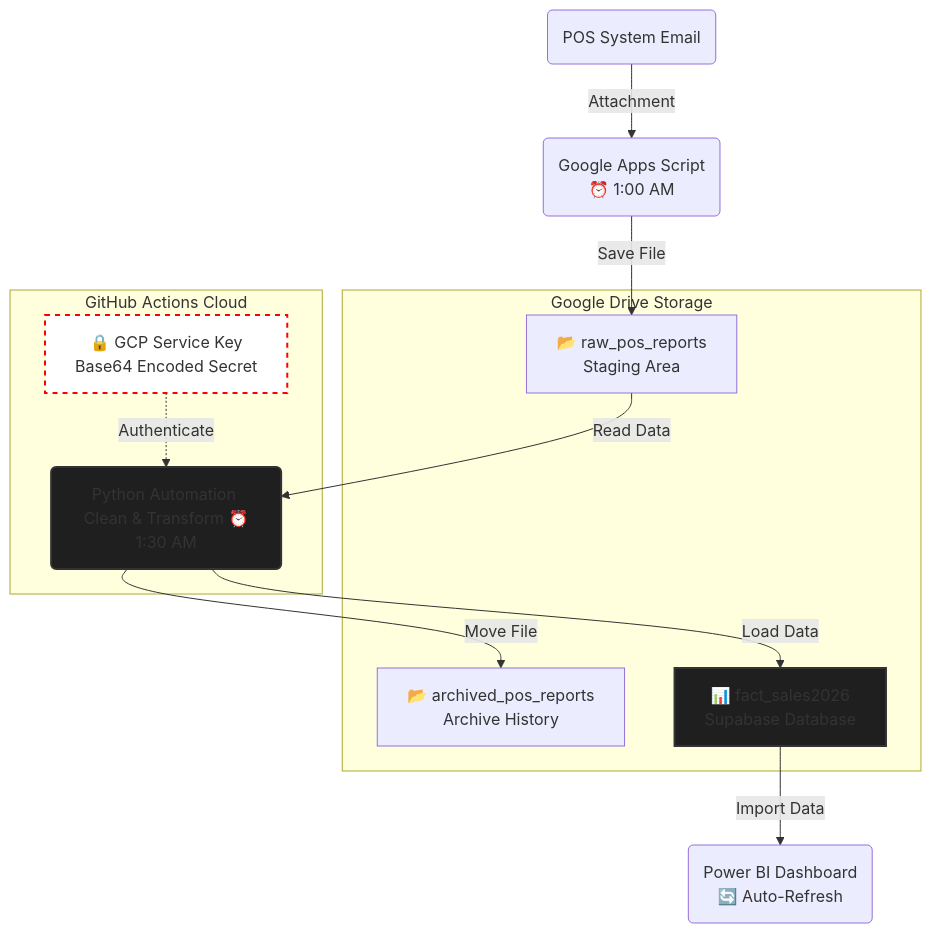
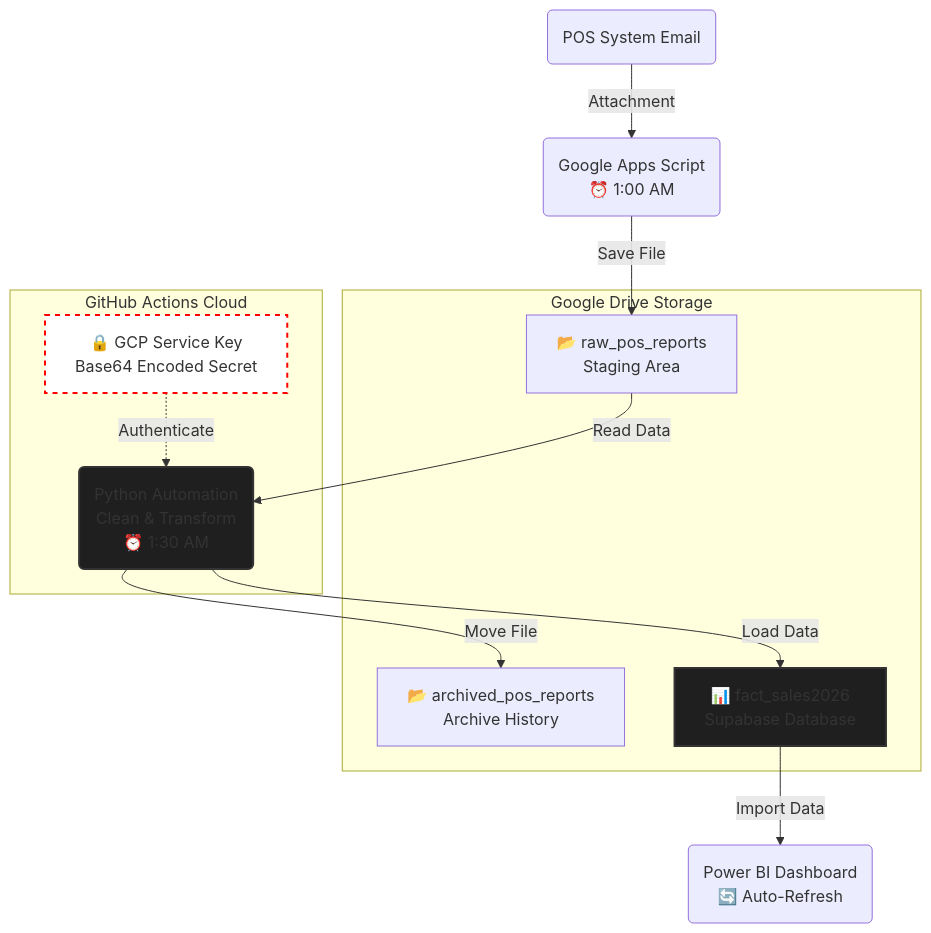
The diagram in README.md (robimengote/Automated-Cloud-ETL-Pipeline-for-Retail-Sales-Analytics), drawn with Mermaid before and after one commit.

````diff
--- a/README.md
+++ b/README.md
@@ -27,36 +27,36 @@
 ```mermaid
 graph TD
     %% Nodes
     POS(POS System Email)
     GAS(Google Apps Script <br/> ⏰ 1:00 AM)
     
     subgraph Google_Drive [Google Drive Storage]
         RAW[📂 raw_pos_reports <br/> Staging Area]
         ARCHIVE_POS_REPORTS[📂 archived_pos_reports <br/> Archive History]
         MASTER_REPORT_FILE[📊 fact_sales2026<br/> Supabase Database]
     end
     
     subgraph GitHub_Cloud [GitHub Actions Cloud]
-        PY(Python Automation <br/> Clean & Transform ⏰ 1:30 AM)
+        PY(Python Automation <br/> Clean & Transform <br/> ⏰ 1:30 AM)
         SECRET[🔒 GCP Service Key <br/> Base64 Encoded Secret]
     end
     
     PBI(Power BI Dashboard <br/> 🔄 Auto-Refresh)
     
     %% Connections
     POS -->|Attachment| GAS
     GAS -->|Save File| RAW
     
     RAW -->|Read Data| PY
     SECRET -.->|Authenticate| PY
     
     PY -->|Load Data| MASTER_REPORT_FILE
     PY -->|Move File| ARCHIVE_POS_REPORTS
     
     MASTER_REPORT_FILE -->|Import Data| PBI
     
     %% Styling
     style PY fill:#1F1F1F,stroke:#333,stroke-width:2px
     style MASTER_REPORT_FILE fill:#1F1F1F,stroke:#333,stroke-width:2px
     style SECRET fill:#fff,stroke:#f00,stroke-width:2px,stroke-dasharray: 5 5
 ```
````
